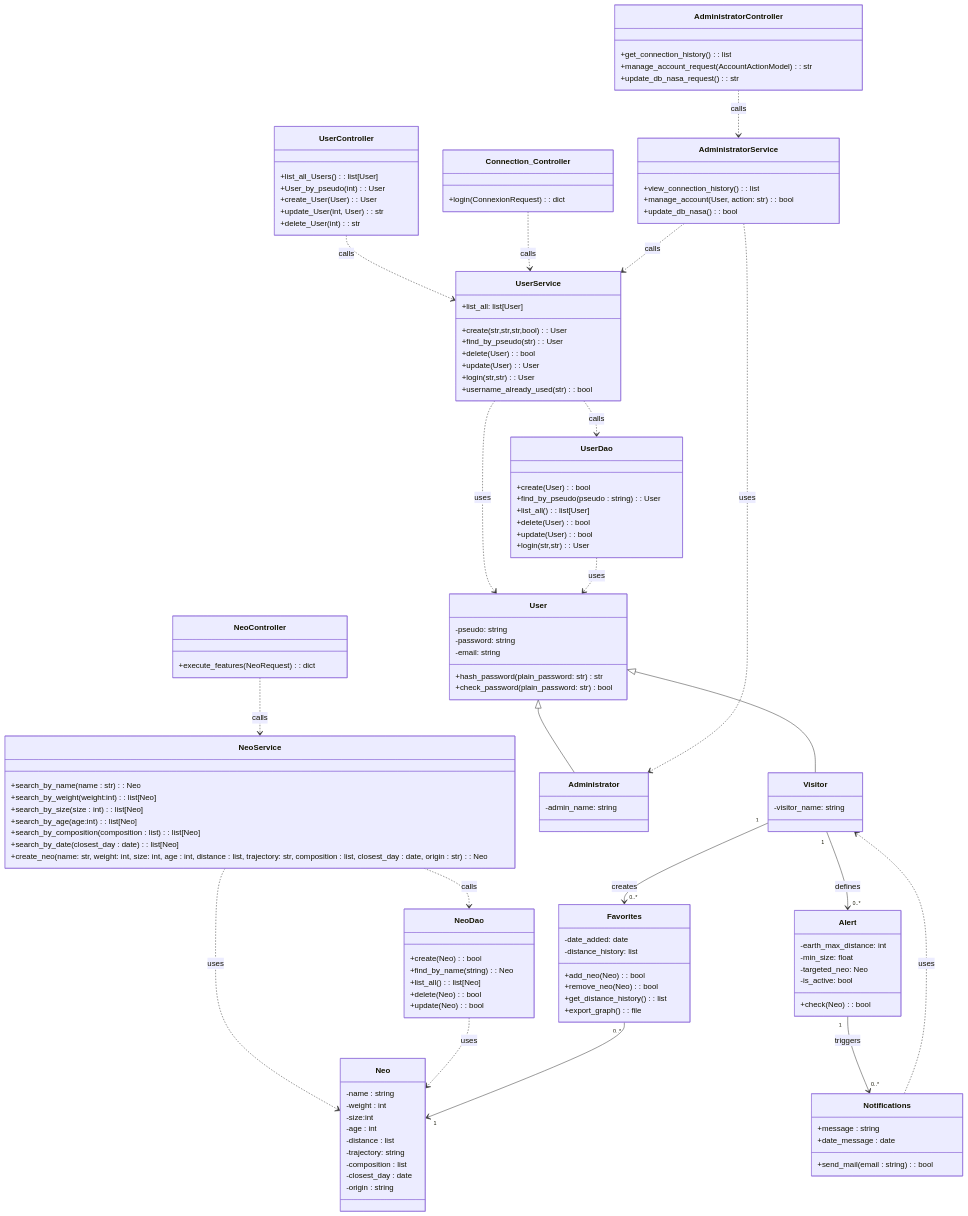
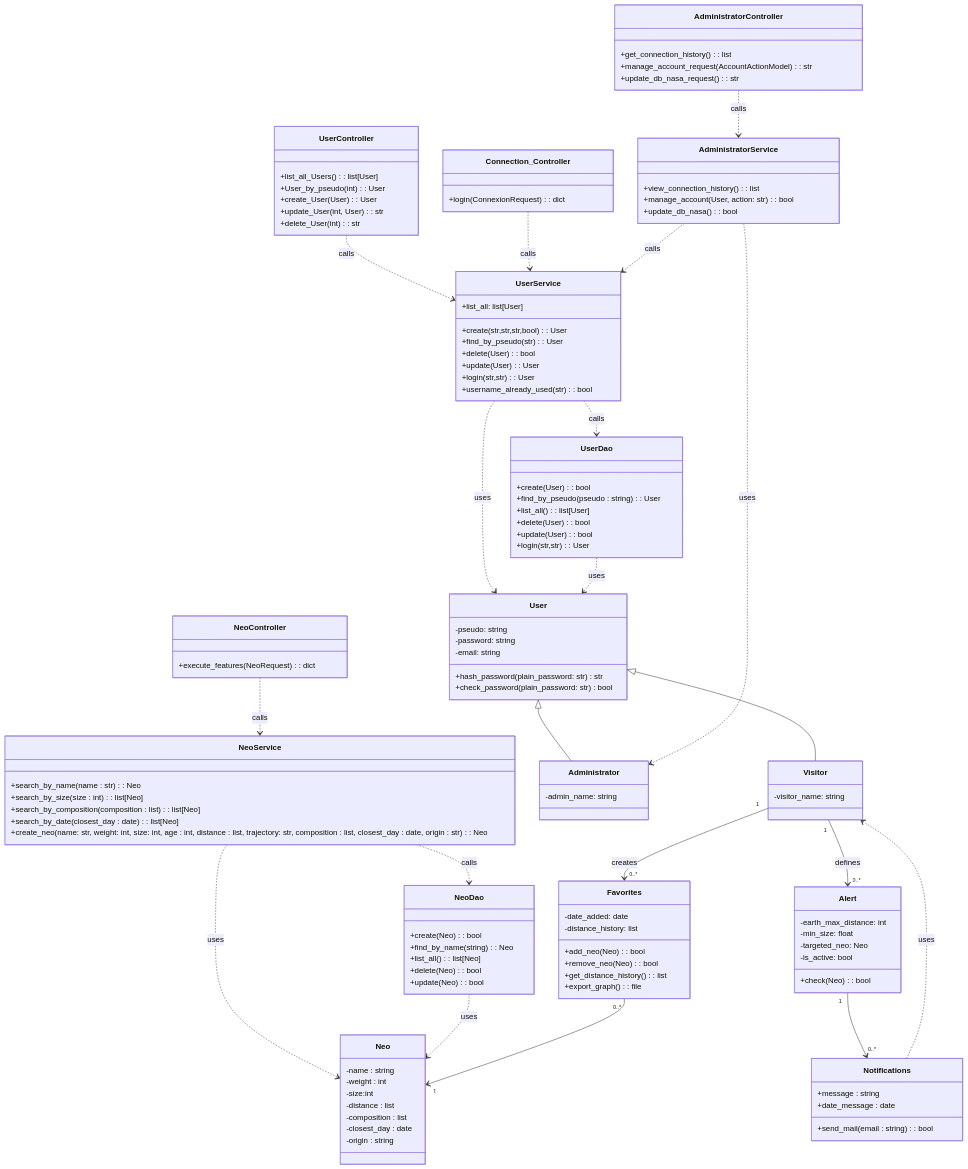
One commit to tristancabre/Projet-info-2A changed the diagram in doc/class_diagram.md. Above: the diagram before and after it, drawn with Mermaid.

Commit message:
Class diagram minor modifications

````diff
--- a/doc/class_diagram.md
+++ b/doc/class_diagram.md
@@ -70,9 +70,7 @@
         -name : string
         -weight : int
         -size:int
-        -age : int
-        -distance : list
-        -trajectory: string 
+        -distance : list 
         -composition : list
         -closest_day : date
         -origin : string
@@ -87,9 +85,7 @@
 
     class NeoService {
         +search_by_name(name : str): Neo
-        +search_by_weight(weight:int): list[Neo]
         +search_by_size(size : int): list[Neo]
-        +search_by_age(age:int): list[Neo]
         +search_by_composition (composition : list) : list[Neo]
         +search_by_date (closest_day : date): list[Neo]
         +create_neo(name: str, weight: int, size: int, age : int, distance : list, trajectory: str, composition : list, closest_day : date, origin : str): Neo
@@ -153,10 +149,5 @@
     Favorites "0..*" --> "1" Neo
     Notifications ..> Visitor : uses
     Visitor "1" --> "0..*" Alert : defines
-    Alert "1" --> "0..*" Notifications : triggers
-
-
-
-
-
+    Alert "1" --> "0..*" Notifications : 
 ```
````
